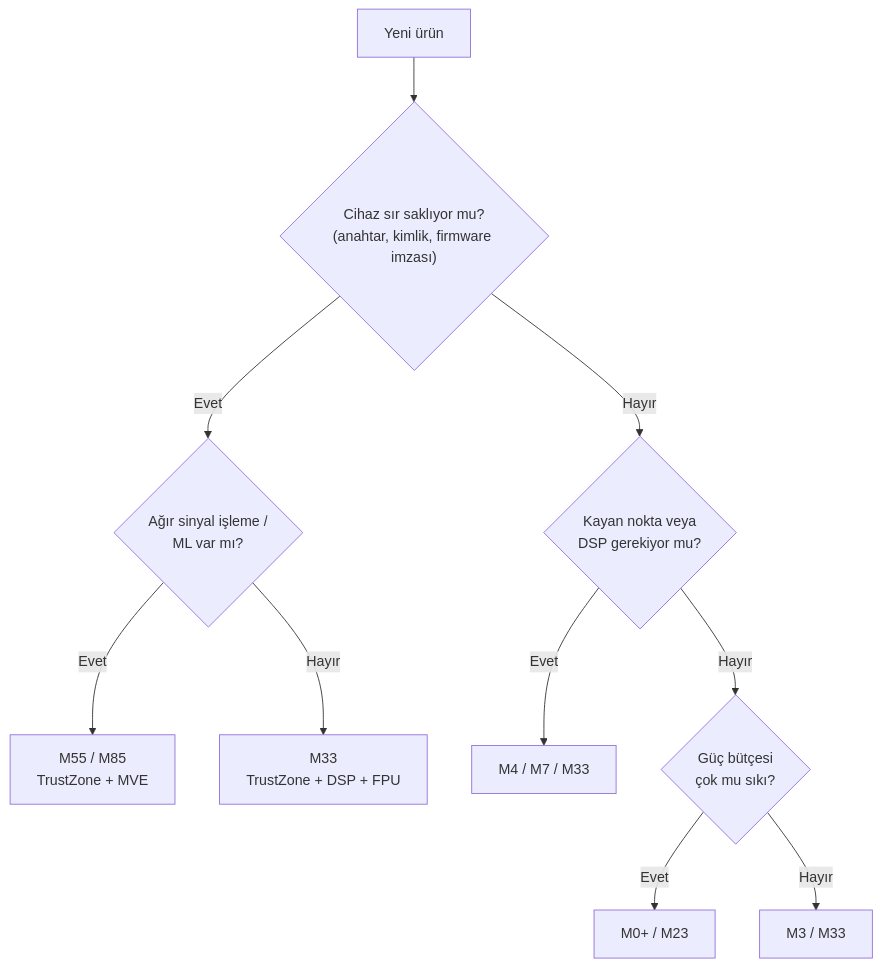
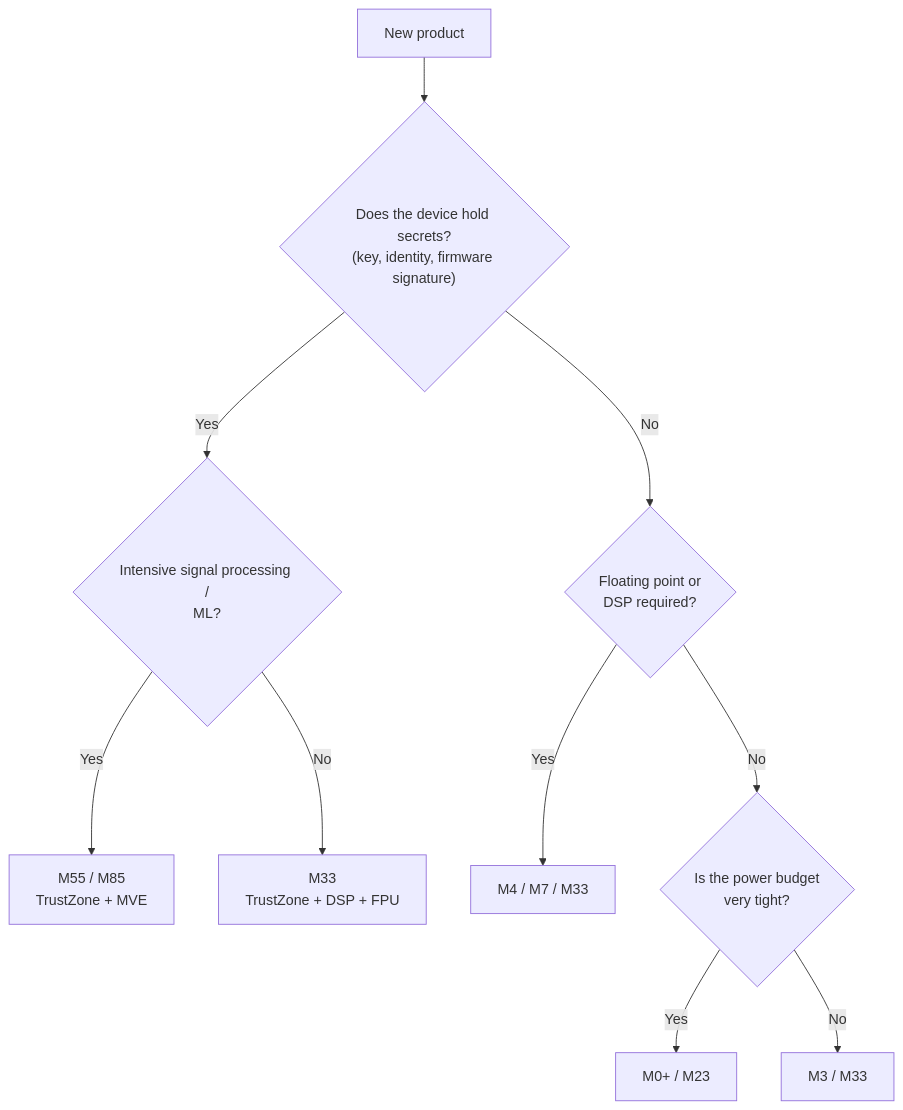
Before and after one commit to Merd0/ARM-Cortex-M-Lab: the diagram in lessons/01-cortex-m-family/README.md, drawn with Mermaid. The commit also changed other lines of this file and 6 other files, not shown here.

````diff
--- a/lessons/01-cortex-m-family/README.md
+++ b/lessons/01-cortex-m-family/README.md
@@ -107,15 +108,15 @@
 ```mermaid
 flowchart TD
-    A["Yeni ürün"] --> B{"Cihaz sır saklıyor mu?<br/>(anahtar, kimlik, firmware imzası)"}
-    B -- "Evet" --> C{"Ağır sinyal işleme /<br/>ML var mı?"}
-    B -- "Hayır" --> D{"Kayan nokta veya<br/>DSP gerekiyor mu?"}
+    A["New product"] --> B{"Does the device hold secrets?<br/>(key, identity, firmware signature)"}
+    B -- "Yes" --> C{"Intensive signal processing /<br/>ML?"}
+    B -- "No" --> D{"Floating point or<br/>DSP required?"}
 
-    C -- "Evet" --> E["M55 / M85<br/>TrustZone + MVE"]
-    C -- "Hayır" --> F["M33<br/>TrustZone + DSP + FPU"]
+    C -- "Yes" --> E["M55 / M85<br/>TrustZone + MVE"]
+    C -- "No" --> F["M33<br/>TrustZone + DSP + FPU"]
 
-    D -- "Evet" --> G["M4 / M7 / M33"]
-    D -- "Hayır" --> H{"Güç bütçesi<br/>çok mu sıkı?"}
+    D -- "Yes" --> G["M4 / M7 / M33"]
+    D -- "No" --> H{"Is the power budget<br/>very tight?"}
 
-    H -- "Evet" --> I["M0+ / M23"]
-    H -- "Hayır" --> J["M3 / M33"]
+    H -- "Yes" --> I["M0+ / M23"]
+    H -- "No" --> J["M3 / M33"]
 ```
````
